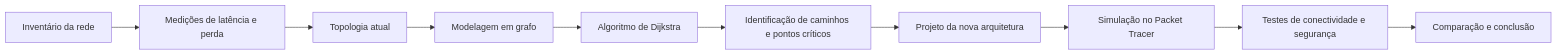
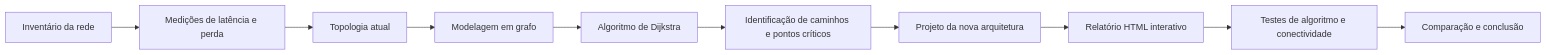
One commit to mathfrancisco/Projeto-Integrado-Redes-de-Computadores-e-Algoritmos changed the diagram in README.md. Above: the diagram before and after it, drawn with Mermaid. The commit also changed other lines of this file and 22 other files, not shown here.

````diff
--- a/README.md
+++ b/README.md
@@ -43,12 +45,12 @@
 ```mermaid
 flowchart LR
     A[Inventário da rede] --> B[Medições de latência e perda]
     B --> C[Topologia atual]
     C --> D[Modelagem em grafo]
     D --> E[Algoritmo de Dijkstra]
     E --> F[Identificação de caminhos e pontos críticos]
     F --> G[Projeto da nova arquitetura]
-    G --> H[Simulação no Packet Tracer]
-    H --> I[Testes de conectividade e segurança]
+    G --> H[Relatório HTML interativo]
+    H --> I[Testes de algoritmo e conectividade]
     I --> J[Comparação e conclusão]
 ```
````
